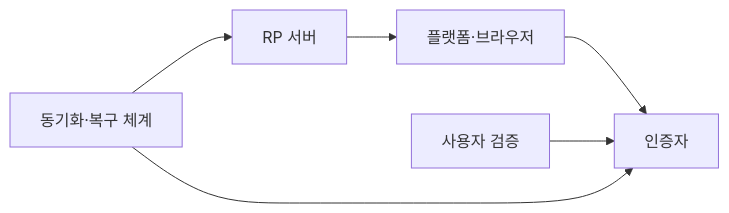
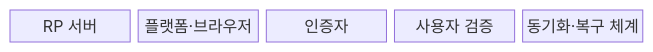
One commit to agnusdei1207/knowledge-base changed the first of 2 diagrams in src/content/docs/notes/05-security/056_passkey.md. Above: the diagram before and after it, drawn with Mermaid. The commit also changed other lines of this file and 11 other files, not shown here.

````diff
--- a/src/content/docs/notes/05-security/056_passkey.md
+++ b/src/content/docs/notes/05-security/056_passkey.md
@@ -60,8 +62,9 @@
 ```mermaid
-flowchart LR
-    A[RP 서버] --> B[플랫폼·브라우저]
-    B --> C[인증자]
-    D[사용자 검증] --> C
-    E[동기화·복구 체계] --> C
-    E --> A
+block-beta
+  columns 5
+  A["RP 서버"]
+  B["플랫폼·브라우저"]
+  C["인증자"]
+  D["사용자 검증"]
+  E["동기화·복구 체계"]
 ```
````
